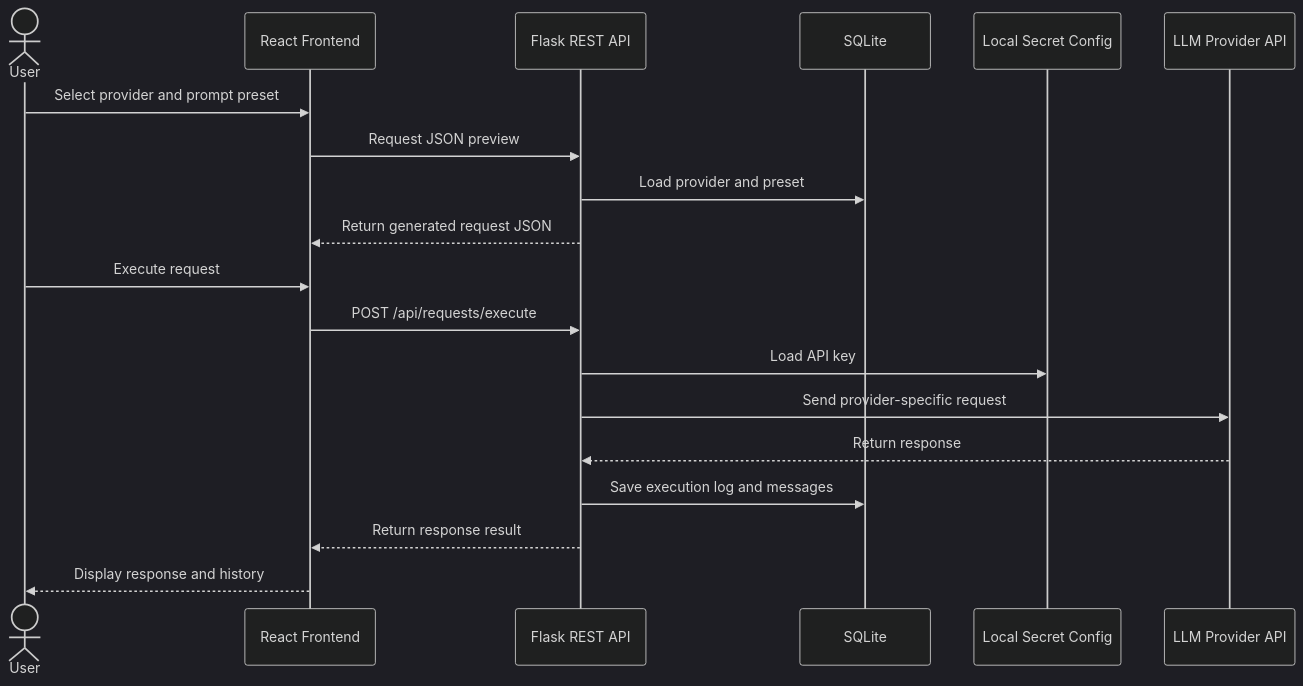
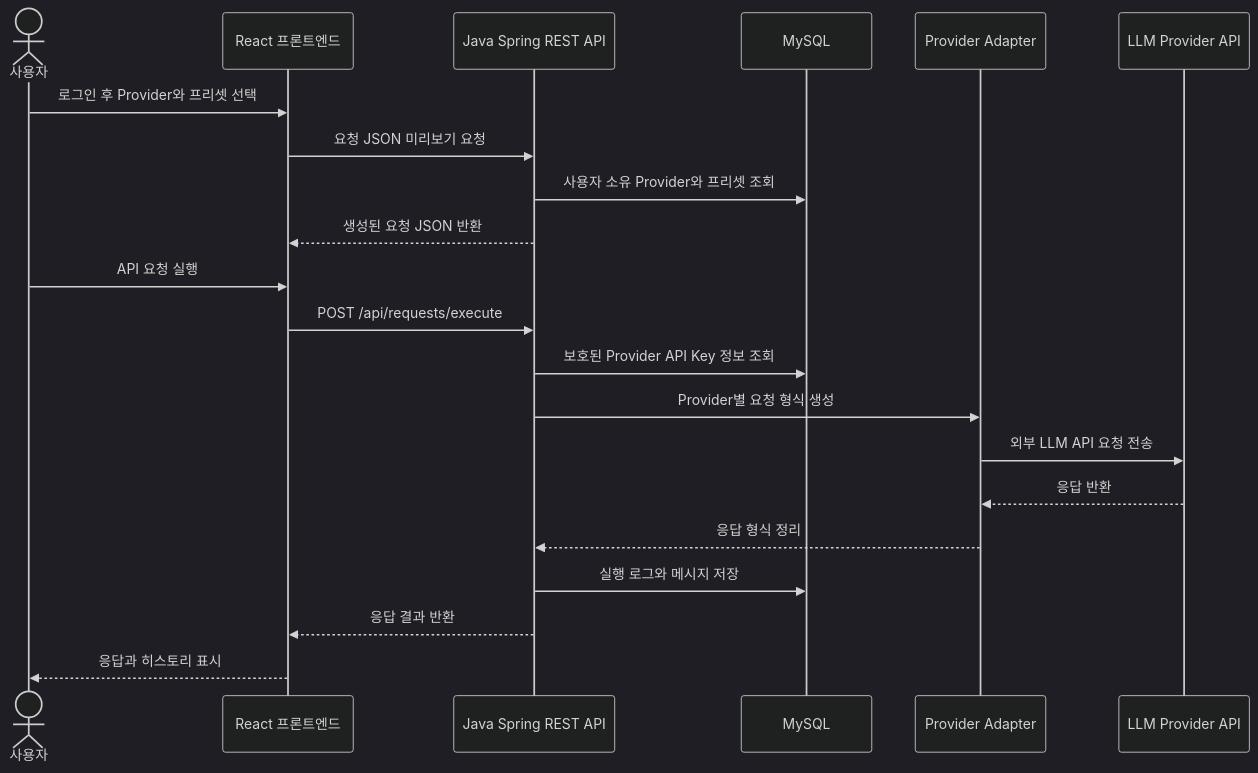
One commit to Want-knu/PromptDeck changed the diagram in docs/PROJECT_PROPOSAL.md. Above: the diagram before and after it, drawn with Mermaid (dark theme). The commit also changed other lines of this file and 6 other files, not shown here.

````diff
--- a/docs/PROJECT_PROPOSAL.md
+++ b/docs/PROJECT_PROPOSAL.md
@@ -43,22 +21,24 @@
 ```mermaid
 sequenceDiagram
-    actor User
-    participant FE as React Frontend
-    participant BE as Flask REST API
-    participant DB as SQLite
-    participant Secret as Local Secret Config
+    actor User as 사용자
+    participant FE as React 프론트엔드
+    participant BE as Java Spring REST API
+    participant DB as MySQL
+    participant Adapter as Provider Adapter
     participant Provider as LLM Provider API
 
-    User->>FE: Select provider and prompt preset
-    FE->>BE: Request JSON preview
-    BE->>DB: Load provider and preset
-    BE-->>FE: Return generated request JSON
-    User->>FE: Execute request
+    User->>FE: 로그인 후 Provider와 프리셋 선택
+    FE->>BE: 요청 JSON 미리보기 요청
+    BE->>DB: 사용자 소유 Provider와 프리셋 조회
+    BE-->>FE: 생성된 요청 JSON 반환
+    User->>FE: API 요청 실행
     FE->>BE: POST /api/requests/execute
-    BE->>Secret: Load API key
-    BE->>Provider: Send provider-specific request
-    Provider-->>BE: Return response
-    BE->>DB: Save execution log and messages
-    BE-->>FE: Return response result
-    FE-->>User: Display response and history
+    BE->>DB: 보호된 Provider API Key 정보 조회
+    BE->>Adapter: Provider별 요청 형식 생성
+    Adapter->>Provider: 외부 LLM API 요청 전송
+    Provider-->>Adapter: 응답 반환
+    Adapter-->>BE: 응답 형식 정리
+    BE->>DB: 실행 로그와 메시지 저장
+    BE-->>FE: 응답 결과 반환
+    FE-->>User: 응답과 히스토리 표시
 ```
````
